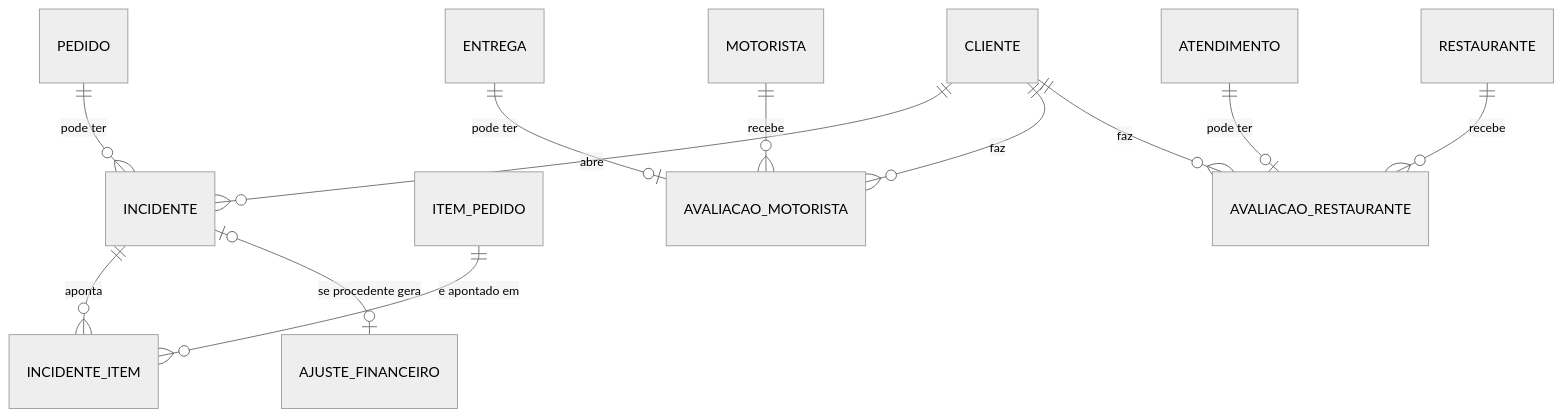
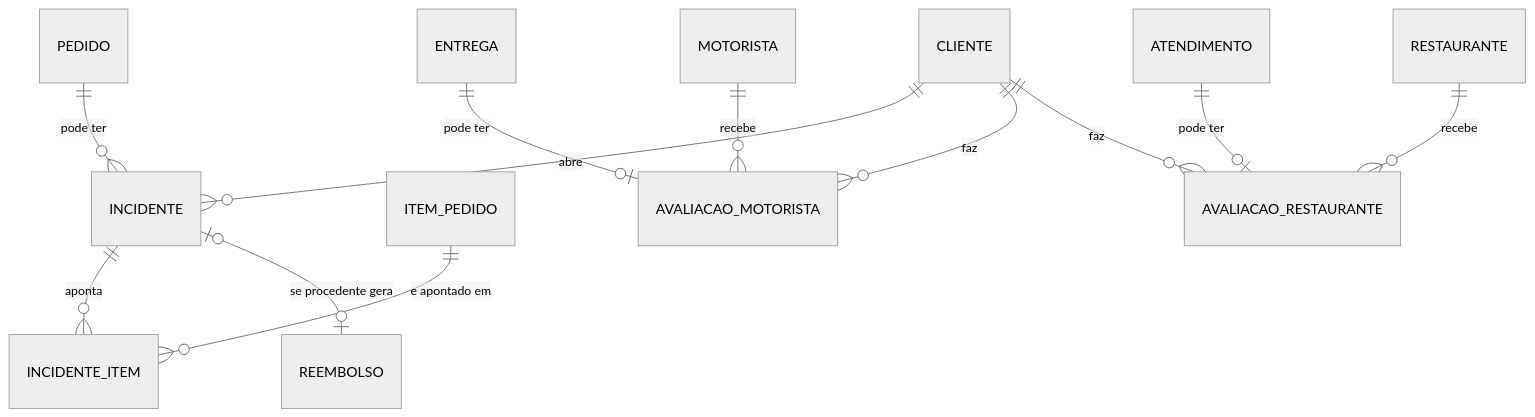
The third of 3 diagrams in shared/docs/modelagem/02-modelo-conceitual.md (jotap-rocha/uber-eats-case), drawn with Mermaid (neutral theme) before and after one commit. The commit also changed other lines of this file and 1 other file, not shown here.

````diff
--- a/shared/docs/modelagem/02-modelo-conceitual.md
+++ b/shared/docs/modelagem/02-modelo-conceitual.md
@@ -104,15 +104,15 @@
 ```mermaid
 erDiagram
     PEDIDO ||--o{ INCIDENTE : "pode ter"
     CLIENTE ||--o{ INCIDENTE : "abre"
     INCIDENTE ||--o{ INCIDENTE_ITEM : "aponta"
     ITEM_PEDIDO ||--o{ INCIDENTE_ITEM : "e apontado em"
-    INCIDENTE |o--o| AJUSTE_FINANCEIRO : "se procedente gera"
+    INCIDENTE |o--o| REEMBOLSO : "se procedente gera"
 
     ENTREGA ||--o| AVALIACAO_MOTORISTA : "pode ter"
     MOTORISTA ||--o{ AVALIACAO_MOTORISTA : "recebe"
     ATENDIMENTO ||--o| AVALIACAO_RESTAURANTE : "pode ter"
     RESTAURANTE ||--o{ AVALIACAO_RESTAURANTE : "recebe"
     CLIENTE ||--o{ AVALIACAO_MOTORISTA : "faz"
     CLIENTE ||--o{ AVALIACAO_RESTAURANTE : "faz"
 ```
````
